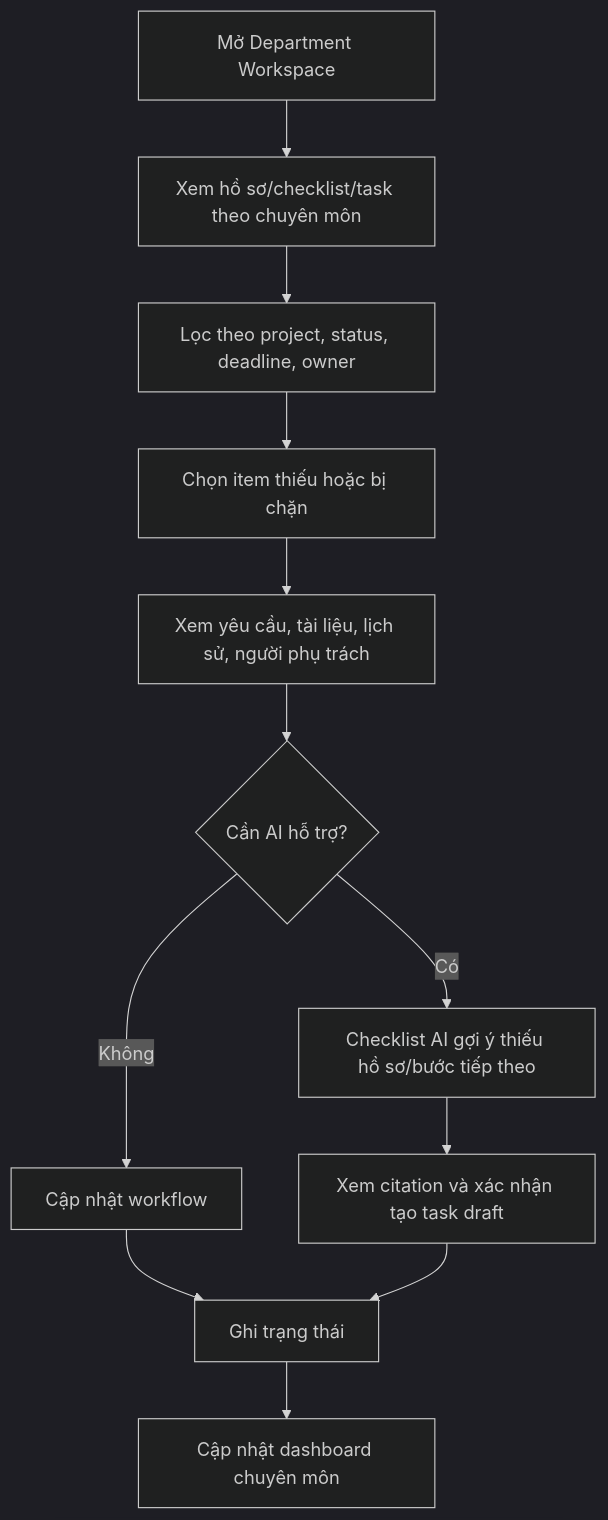
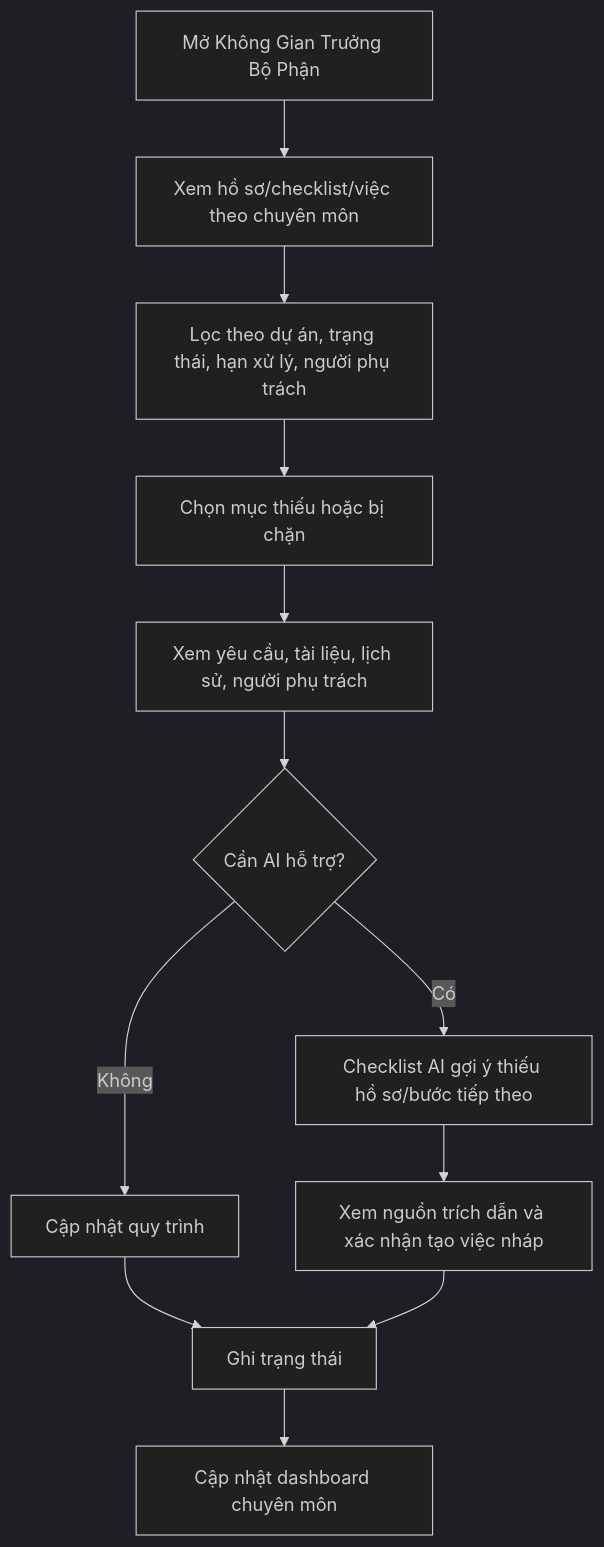
The fourth of 5 diagrams in _bmad-output/planning-artifacts/ux-design-specification/user-journey-flows.md (shomesgroupvietnam-cyber/greennest-bo), drawn with Mermaid (dark theme) before and after one commit. The commit also changed other lines of this file and 145 other files, not shown here.

````diff
--- a/_bmad-output/planning-artifacts/ux-design-specification/user-journey-flows.md
+++ b/_bmad-output/planning-artifacts/ux-design-specification/user-journey-flows.md
@@ -71,14 +71,14 @@
 ```mermaid
 flowchart TD
-  A[Mở Department Workspace] --> B[Xem hồ sơ/checklist/task theo chuyên môn]
-  B --> C[Lọc theo project, status, deadline, owner]
-  C --> D[Chọn item thiếu hoặc bị chặn]
+  A[Mở Không Gian Trưởng Bộ Phận] --> B[Xem hồ sơ/checklist/việc theo chuyên môn]
+  B --> C[Lọc theo dự án, trạng thái, hạn xử lý, người phụ trách]
+  C --> D[Chọn mục thiếu hoặc bị chặn]
   D --> E[Xem yêu cầu, tài liệu, lịch sử, người phụ trách]
   E --> F{Cần AI hỗ trợ?}
   F -->|Có| G[Checklist AI gợi ý thiếu hồ sơ/bước tiếp theo]
-  F -->|Không| H[Cập nhật workflow]
-  G --> I[Xem citation và xác nhận tạo task draft]
+  F -->|Không| H[Cập nhật quy trình]
+  G --> I[Xem nguồn trích dẫn và xác nhận tạo việc nháp]
   H --> J[Ghi trạng thái]
   I --> J
   J --> K[Cập nhật dashboard chuyên môn]
 ```
````
